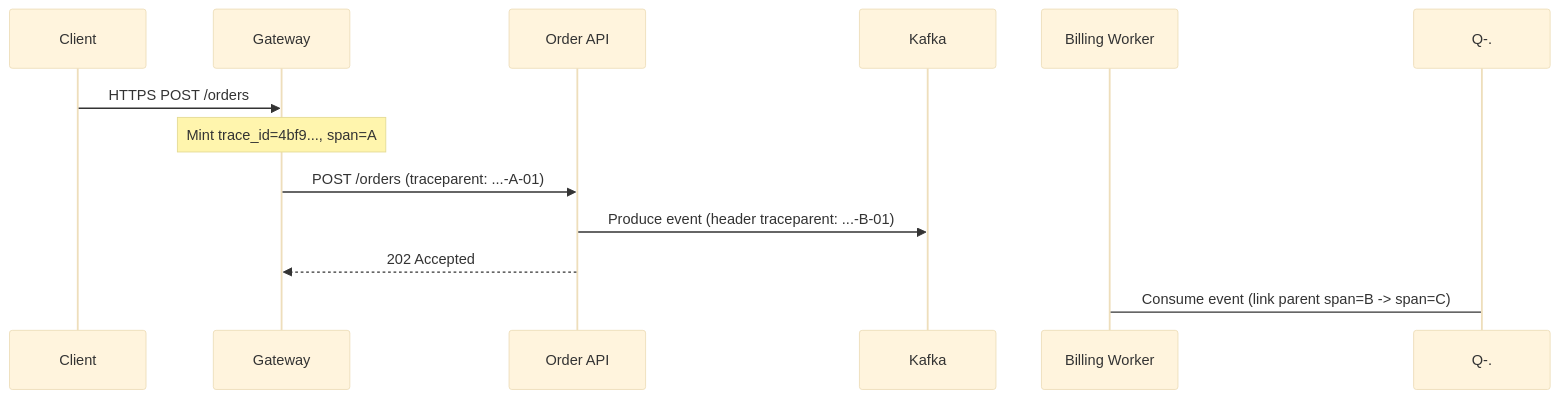
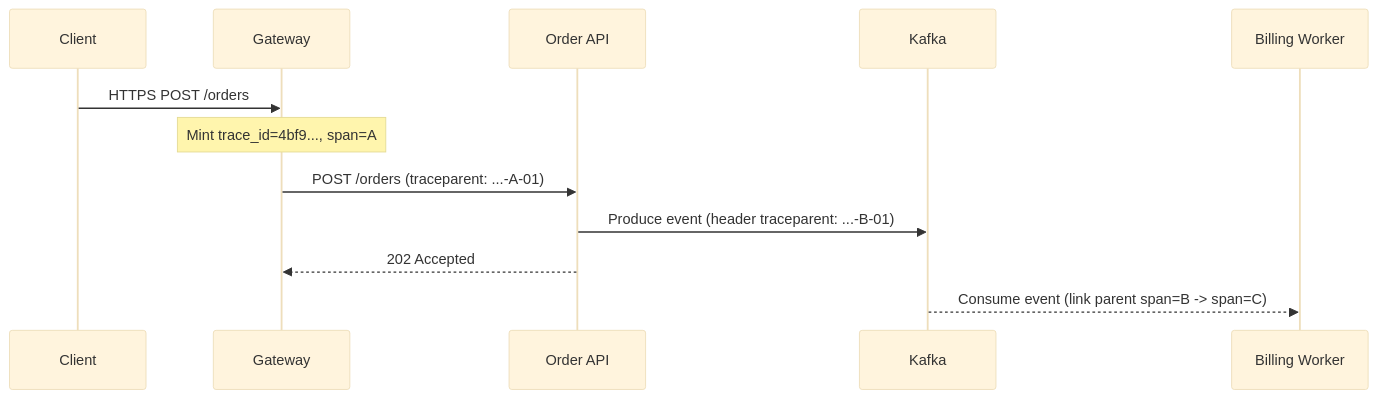
Before and after one commit to stack-shade/courses: the diagram in courses/system-design/slides/34-observability-chaos.md, drawn with Mermaid (base theme). The commit also changed 65 other files, not shown here.

Commit message:
Animate all 40 visuals, embed live sims inline, and fix/retheme all Mermaid diagrams

````diff
--- a/courses/system-design/slides/34-observability-chaos.md
+++ b/courses/system-design/slides/34-observability-chaos.md
@@ -62,15 +62,15 @@
 ```mermaid
 sequenceDiagram
   participant C as Client
   participant GW as Gateway
   participant S1 as Order API
   participant Q as Kafka
   participant W as Billing Worker
 
   C->>GW: HTTPS POST /orders
   Note over GW: Mint trace_id=4bf9..., span=A
   GW->>S1: POST /orders (traceparent: ...-A-01)
   S1->>Q: Produce event (header traceparent: ...-B-01)
   S1-->>GW: 202 Accepted
-  Q-.->W: Consume event (link parent span=B -> span=C)
+  Q-->>W: Consume event (link parent span=B -> span=C)
 ```
````
